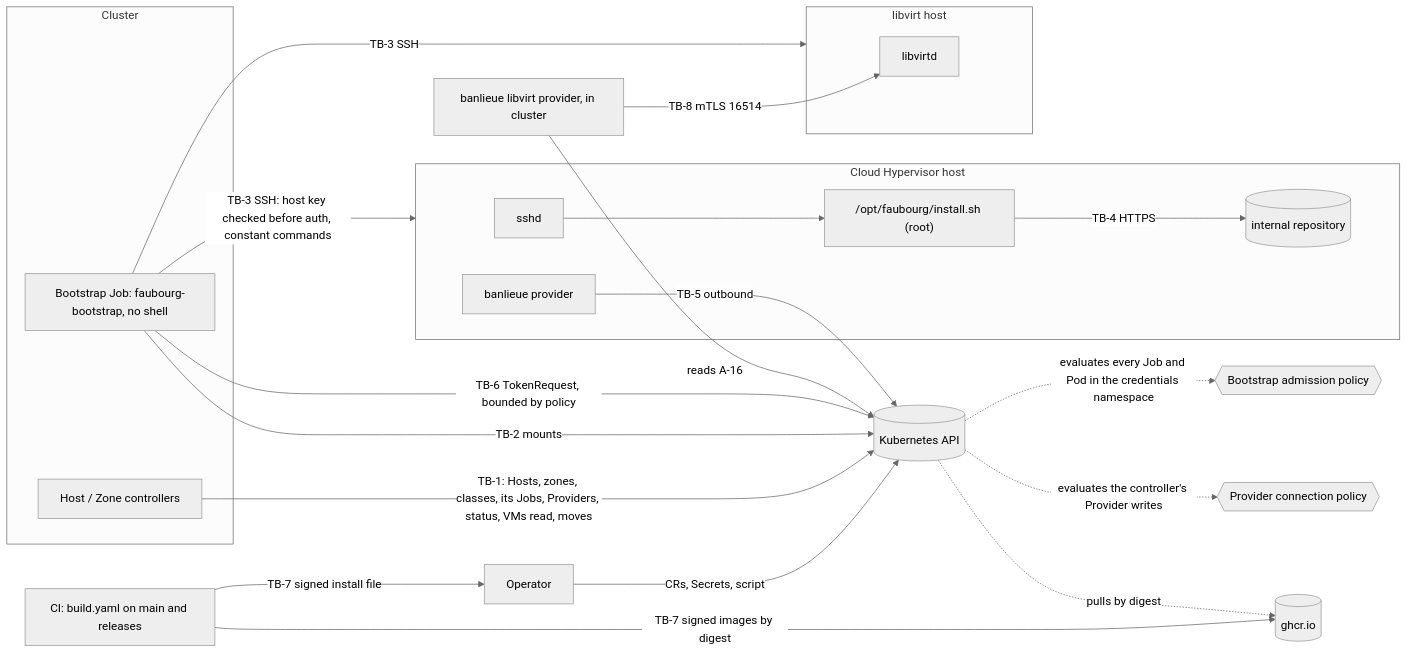
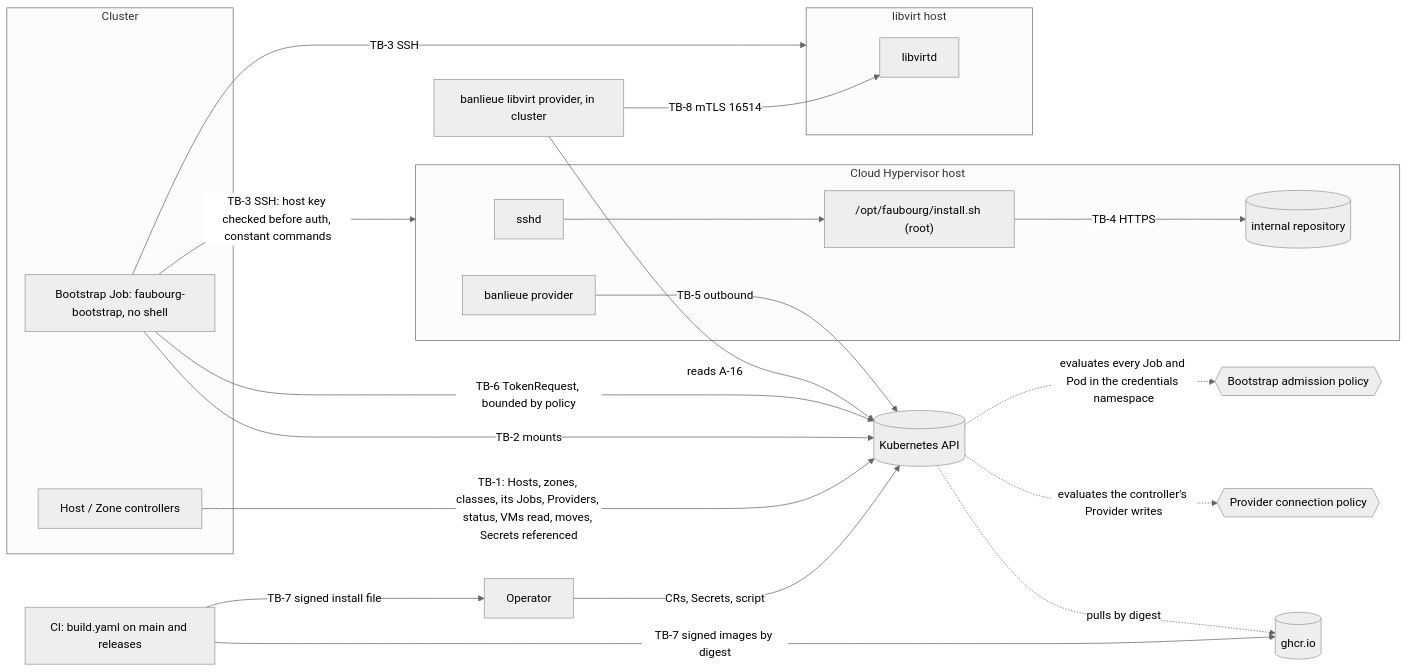
Before and after one commit to firestoned/faubourg: the diagram in docs/security/threat-model.md, drawn with Mermaid (neutral theme). The commit also changed other lines of this file and 12 other files, not shown here.

First line of the commit message:
feat(rbac): reference a libvirt credential, never read it (ADR-0018, roadmap 04) (#38)

````diff
--- a/docs/security/threat-model.md
+++ b/docs/security/threat-model.md
@@ -142,29 +149,29 @@
 ```mermaid
 flowchart LR
     op[Operator] -->|CRs, Secrets, script| kube[(Kubernetes API)]
     subgraph cluster [Cluster]
         ctl[Host / Zone controllers]
         job[Bootstrap Job: faubourg-bootstrap, no shell]
     end
     kube -.->|evaluates every Job and Pod in the credentials namespace| vap{{Bootstrap admission policy}}
     kube -.->|evaluates the controller's Provider writes| pcp{{Provider connection policy}}
-    ctl -->|TB-1: Hosts, zones, classes, its Jobs, Providers, status, VMs read, moves| kube
+    ctl -->|TB-1: Hosts, zones, classes, its Jobs, Providers, status, VMs read, moves, Secrets referenced| kube
     job -->|TB-2 mounts| kube
     job -->|TB-6 TokenRequest, bounded by policy| kube
     job -->|TB-3 SSH: host key checked before auth, constant commands| host
     subgraph host [Cloud Hypervisor host]
         sshd[sshd] --> script["/opt/faubourg/install.sh (root)"]
         script -->|TB-4 HTTPS| repo[(internal repository)]
         prov[banlieue provider]
     end
     prov -->|TB-5 outbound| kube
     lvp[banlieue libvirt provider, in cluster] -->|reads A-16| kube
     lvp -->|TB-8 mTLS 16514| lvd
     job -->|TB-3 SSH| kvm
     subgraph kvm [libvirt host]
         lvd[libvirtd]
     end
     ci[CI: build.yaml on main and releases] -->|TB-7 signed images by digest| reg[(ghcr.io)]
     ci -->|TB-7 signed install file| op
     kube -.->|pulls by digest| reg
 ```
````
